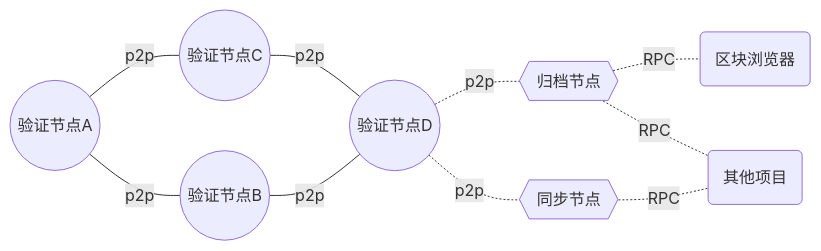
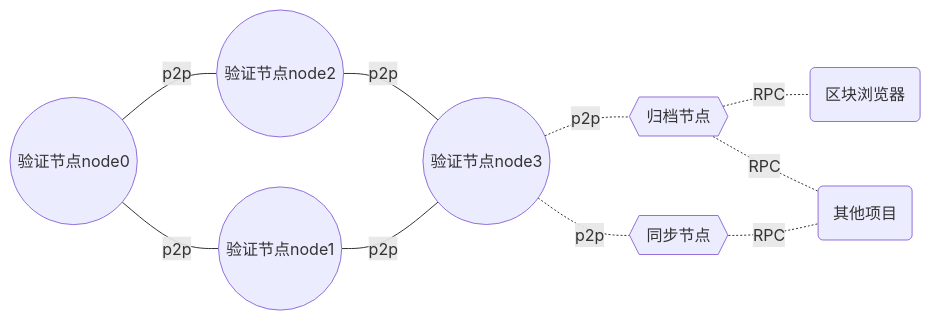
One commit to qiyichain/dev-docs changed the diagram in mainnet/README.md. Above: the diagram before and after it, drawn with Mermaid. The commit also changed other lines of this file, not shown here.

````diff
--- a/mainnet/README.md
+++ b/mainnet/README.md
@@ -17,16 +17,16 @@
 ```mermaid
 
 graph LR
 
-A((验证节点A))--p2p---B((验证节点B))
-C((验证节点C))--p2p---D((验证节点D))
+A((验证节点node0))--p2p---B((验证节点node1))
+C((验证节点node2))--p2p---D((验证节点node3))
 A--p2p---C
 B--p2p---D
 
 D-.p2p.-E{{归档节点}}
 D-.p2p.-H{{同步节点}}
 
 E-.RPC.--G(区块浏览器)
 E-.RPC.--F(其他项目)
 H-.RPC.--F(其他项目)
 ```
````
